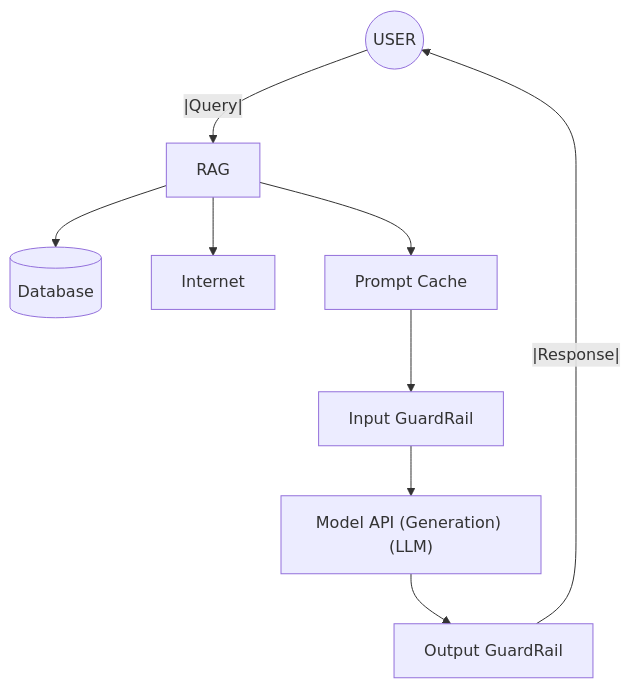
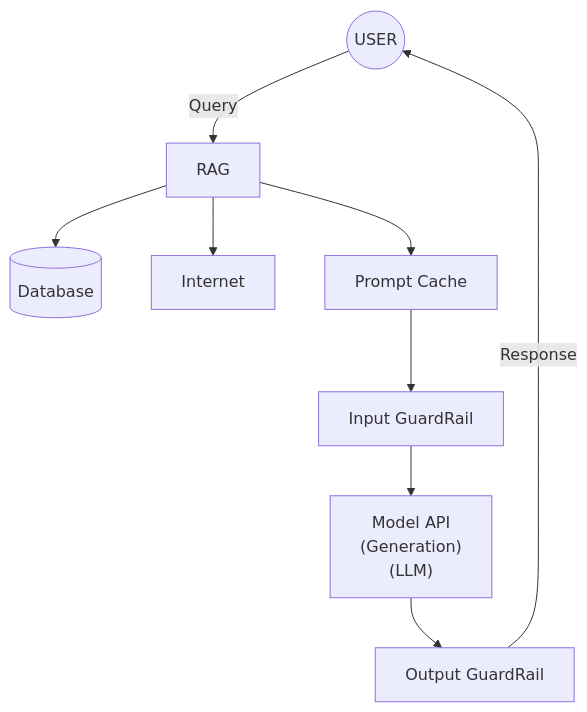
The diagram in genai_architecture.md (carbotton/free-genai-bootcamp-2025), drawn with Mermaid before and after one commit.

Commit message:
gen ai architecture diagram

````diff
--- a/genai_architecture.md
+++ b/genai_architecture.md
@@ -3,16 +3,18 @@
 ```mermaid
 graph TD;
-    user((USER)) --|Query|--> RAG;
+    user((USER)) --Query--> RAG;
     RAG --> database[(Database)];
-    RAG --> internet["Internet"];
+    RAG --> Internet;
     RAG --> PromptCache;
     PromptCache --> InputGuardRail;
     InputGuardRail --> ModelAPI;
     ModelAPI --> OutputGuardRail;
-    OutputGuardRail --|Response|--> user;
+    OutputGuardRail --Response--> user;
 
     PromptCache["Prompt Cache"];
     InputGuardRail["Input GuardRail"];
-    ModelAPI["Model API (Generation) (LLM)"];
+    ModelAPI["Model API 
+    (Generation) 
+    (LLM)"];
     OutputGuardRail["Output GuardRail"];
 ```
````
